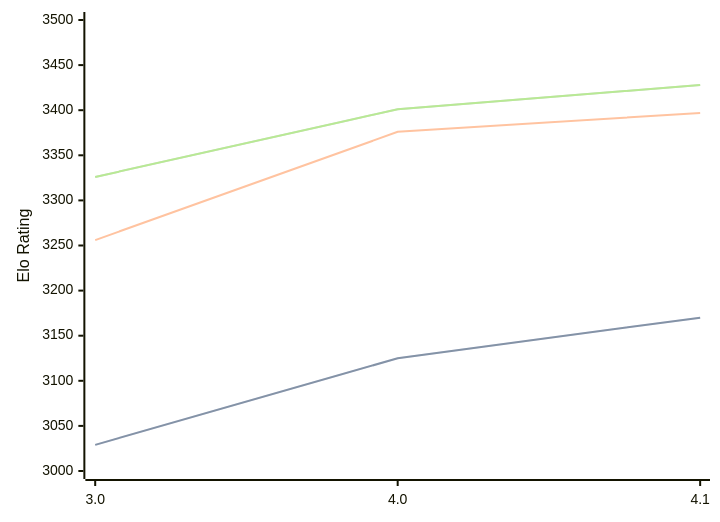
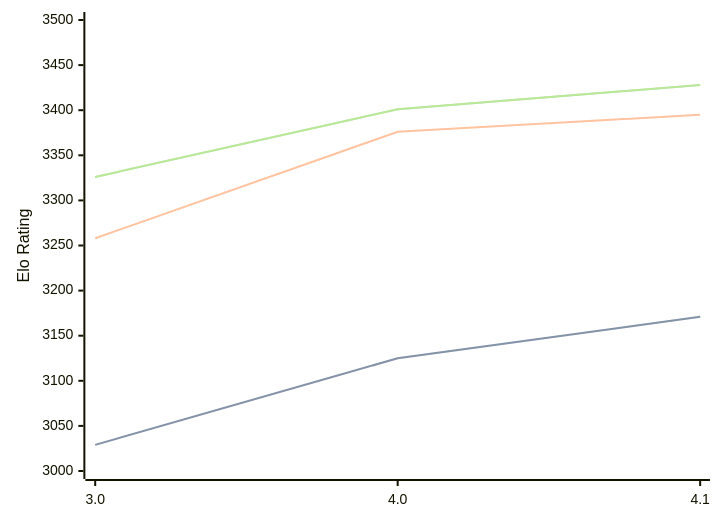
Before and after one commit to computer-chess-index/cci: the diagram in engines/Eleanor.md, drawn with Mermaid. The commit also changed other lines of this file, not shown here.

````diff
--- a/engines/Eleanor.md
+++ b/engines/Eleanor.md
@@ -33,11 +33,11 @@
 ```mermaid
 %%{init: {"theme":"base","themeVariables":{"seriesColors:['#a3a3a3','#222221','#faa371']}}}%%
 xychart-beta
   x-axis ["3.0", "4.0", "4.1"]
   y-axis "Elo Rating" 3000 --> 3500
-  line "" [3029, 3125, 3170]
-  line "STC (8.0+0.08s)" [3029, 3125, 3170]
-  line "LTC (60.0+0.60s)" [3256, 3376, 3397]
+  line "" [3029, 3125, 3171]
+  line "STC (8.0+0.08s)" [3029, 3125, 3171]
+  line "LTC (60.0+0.60s)" [3258, 3376, 3395]
   line "" [3326, 3401, 3428]
   line "VLTC (2m24s+1.12s)" [3326, 3401, 3428]
 ```
````
